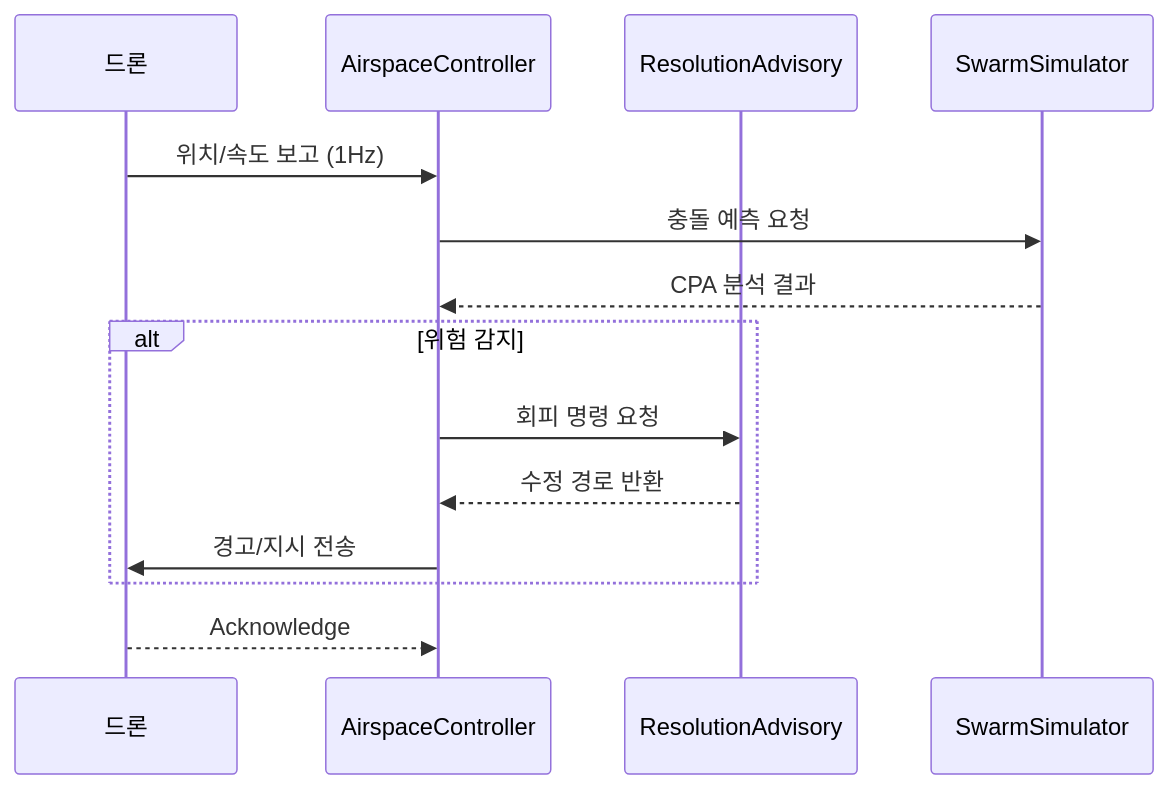
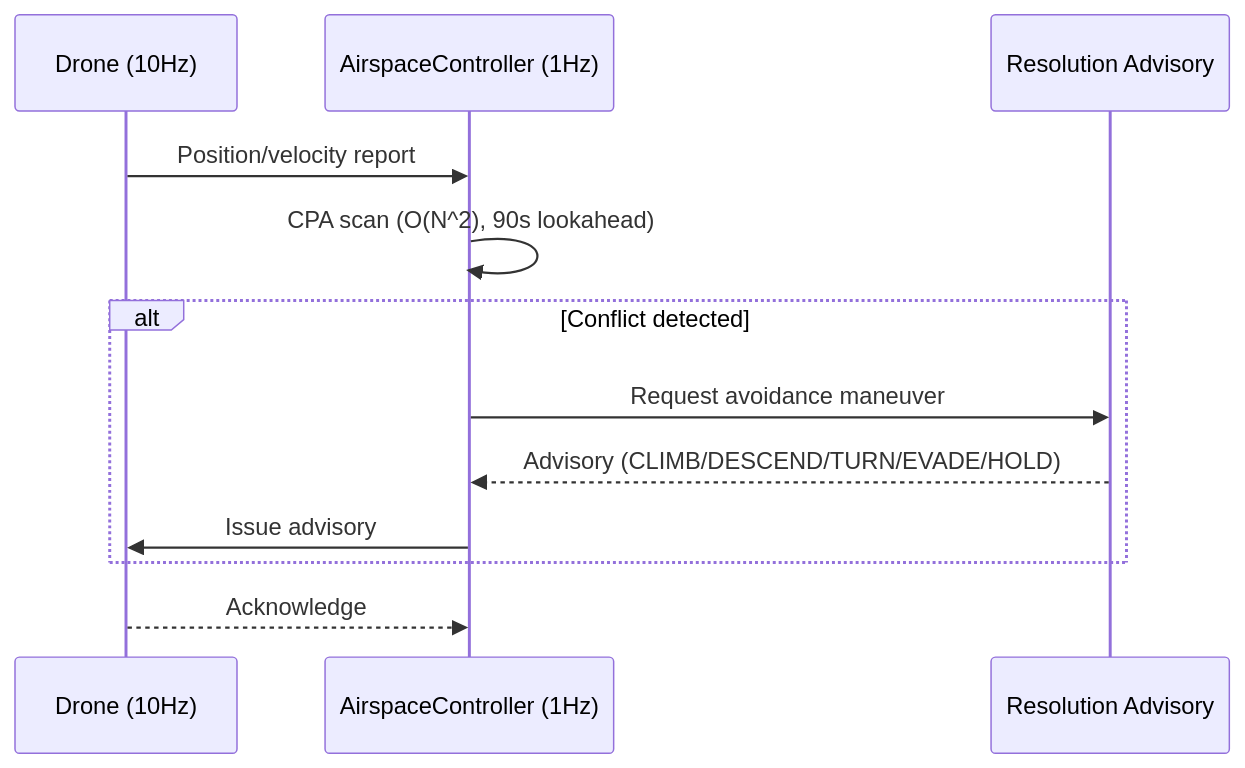
Before and after one commit to sun475300-sudo/swarm-drone-atc: the first of 2 diagrams in README.md, drawn with Mermaid. The commit also changed other lines of this file, not shown here.

````diff
--- a/README.md
+++ b/README.md
@@ -160,17 +125,14 @@
 ```mermaid
 sequenceDiagram
-    participant D as 드론
-    participant AC as AirspaceController
-    participant RA as ResolutionAdvisory
-    participant SS as SwarmSimulator
-
-    D->>AC: 위치/속도 보고 (1Hz)
-    AC->>SS: 충돌 예측 요청
-    SS-->>AC: CPA 분석 결과
-    alt 위험 감지
-        AC->>RA: 회피 명령 요청
-        RA-->>AC: 수정 경로 반환
-        AC->>D: 경고/지시 전송
+    participant D as Drone (10Hz)
+    participant AC as AirspaceController (1Hz)
+    participant RA as Resolution Advisory
+    D->>AC: Position/velocity report
+    AC->>AC: CPA scan (O(N^2), 90s lookahead)
+    alt Conflict detected
+        AC->>RA: Request avoidance maneuver
+        RA-->>AC: Advisory (CLIMB/DESCEND/TURN/EVADE/HOLD)
+        AC->>D: Issue advisory
     end
     D-->>AC: Acknowledge
 ```
````
